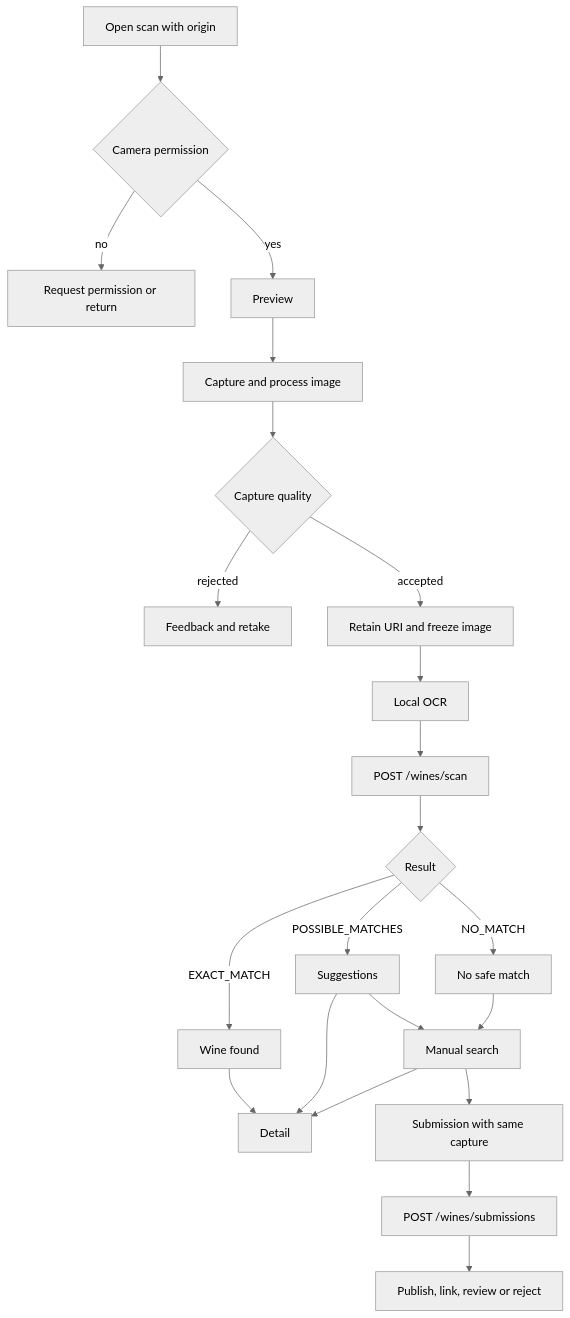
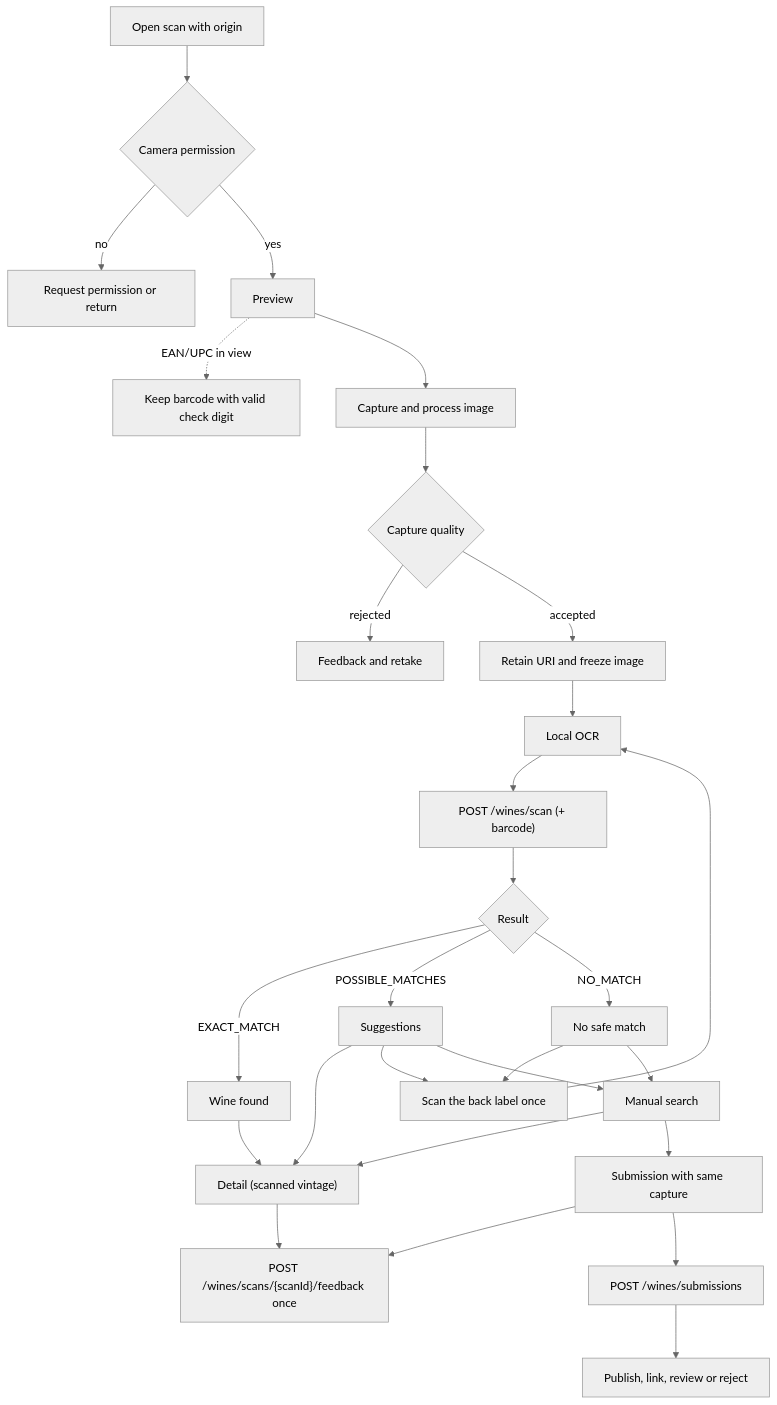
One commit to Bielaszczuk/vinnot-demo changed the first of 3 diagrams in docs/en/frontend-mobile/diagrams/wine-label-scan.md. Above: the diagram before and after it, drawn with Mermaid (neutral theme). The commit also changed other lines of this file and 218 other files, not shown here.

````diff
--- a/docs/en/frontend-mobile/diagrams/wine-label-scan.md
+++ b/docs/en/frontend-mobile/diagrams/wine-label-scan.md
@@ -5,24 +5,30 @@
 ```mermaid
 flowchart TD
     OPEN["Open scan with origin"] --> PERM{"Camera permission"}
     PERM -->|no| REQUEST["Request permission or return"]
     PERM -->|yes| PREVIEW["Preview"]
+    PREVIEW -.->|EAN/UPC in view| BARCODE["Keep barcode with valid check digit"]
     PREVIEW --> CAPTURE["Capture and process image"]
     CAPTURE --> QUALITY{"Capture quality"}
     QUALITY -->|rejected| HINT["Feedback and retake"]
     QUALITY -->|accepted| FREEZE["Retain URI and freeze image"]
     FREEZE --> OCR["Local OCR"]
-    OCR --> API["POST /wines/scan"]
+    OCR --> API["POST /wines/scan (+ barcode)"]
     API --> RESULT{"Result"}
     RESULT -->|EXACT_MATCH| FOUND["Wine found"]
     RESULT -->|POSSIBLE_MATCHES| SUG["Suggestions"]
     RESULT -->|NO_MATCH| NONE["No safe match"]
-    FOUND --> DETAIL["Detail"]
+    FOUND --> DETAIL["Detail (scanned vintage)"]
     SUG --> DETAIL
+    SUG --> BACK["Scan the back label once"]
+    NONE --> BACK
+    BACK --> OCR
+    DETAIL --> FEEDBACK["POST /wines/scans/{scanId}/feedback once"]
+    FORM --> FEEDBACK
     NONE --> MANUAL["Manual search"]
     SUG --> MANUAL
     MANUAL --> DETAIL
     MANUAL --> FORM["Submission with same capture"]
     FORM --> SUBMIT["POST /wines/submissions"]
     SUBMIT --> BACKEND["Publish, link, review or reject"]
 ```
````
